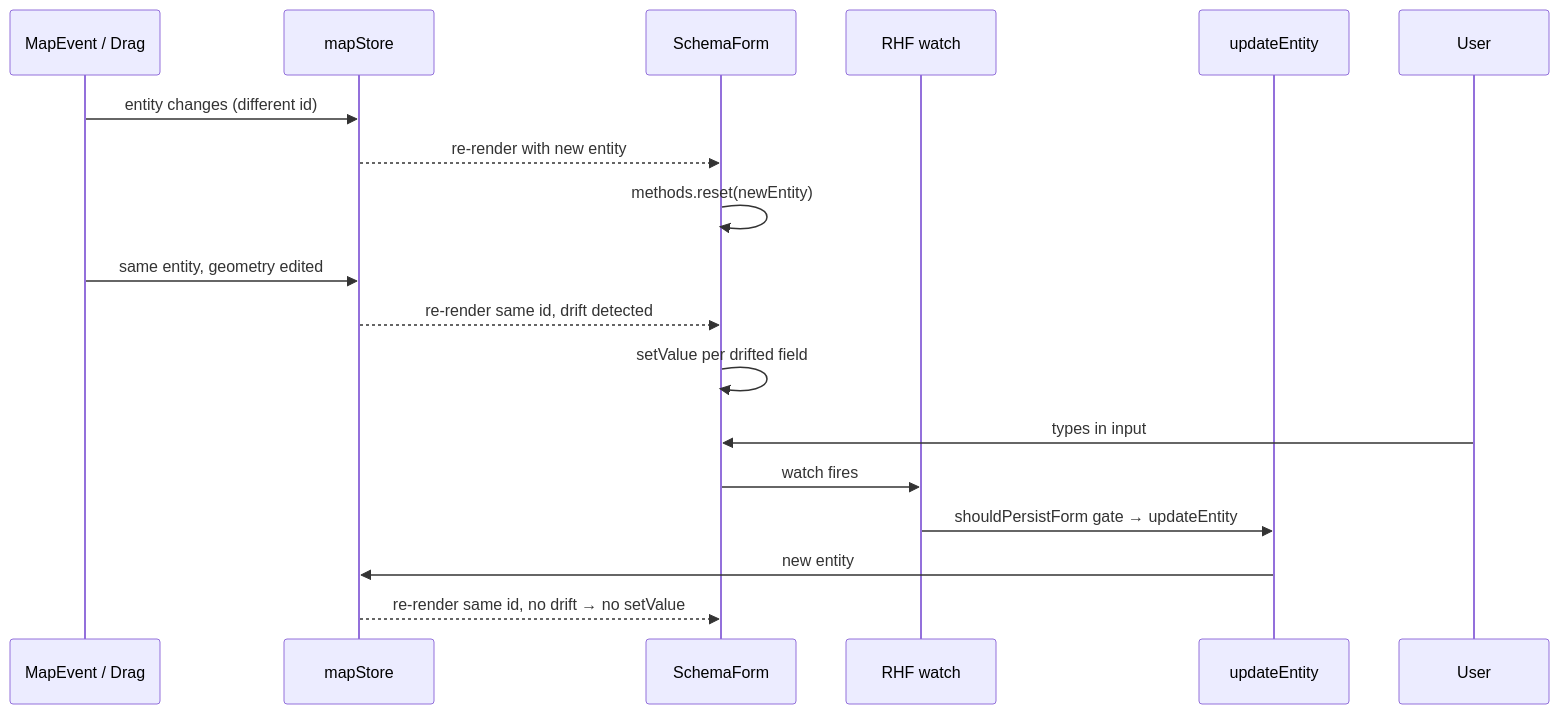
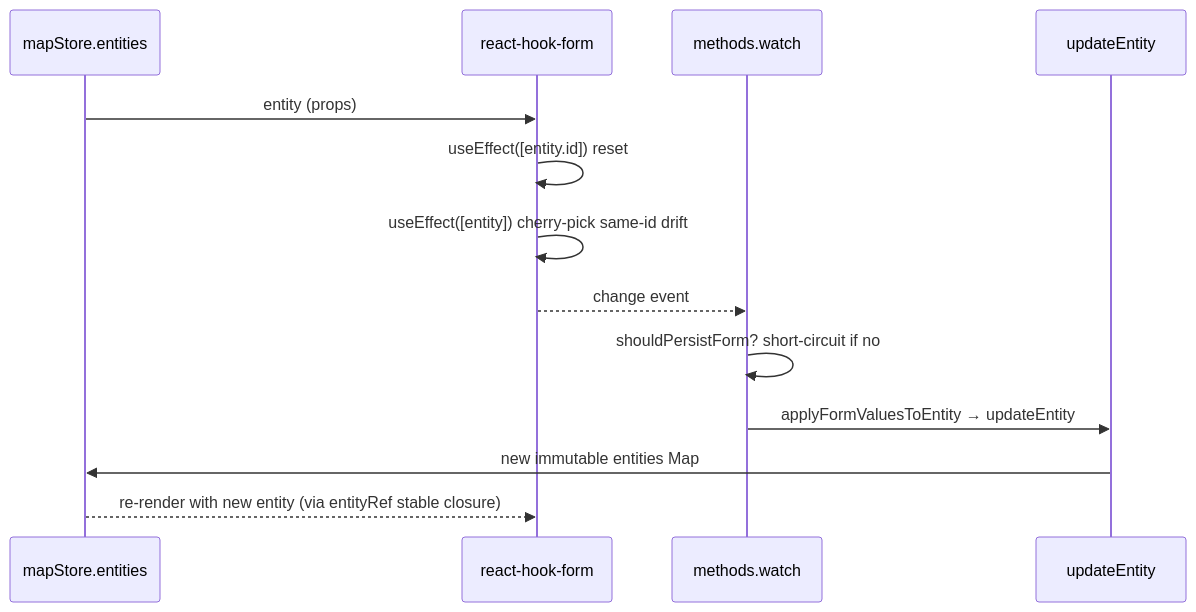
Before and after one commit to SakuraPuare/apollo-map-studio: the second of 2 diagrams in docs/api/components/inspector-forms.md, drawn with Mermaid. The commit also changed other lines of this file and 414 other files, not shown here.

````diff
--- a/docs/api/components/inspector-forms.md
+++ b/docs/api/components/inspector-forms.md
@@ -73,22 +170,15 @@
 ```mermaid
 sequenceDiagram
-    participant Canvas as MapEvent / Drag
-    participant Store as mapStore
-    participant Form as SchemaForm
-    participant Watch as RHF watch
-    participant Update as updateEntity
-
-    Canvas->>Store: entity changes (different id)
-    Store-->>Form: re-render with new entity
-    Form->>Form: methods.reset(newEntity)
-
-    Canvas->>Store: same entity, geometry edited
-    Store-->>Form: re-render same id, drift detected
-    Form->>Form: setValue per drifted field
-
-    User->>Form: types in input
-    Form->>Watch: watch fires
-    Watch->>Update: shouldPersistForm gate → updateEntity
-    Update->>Store: new entity
-    Store-->>Form: re-render same id, no drift → no setValue
+  participant Store as mapStore.entities
+  participant Form as react-hook-form
+  participant Watch as methods.watch
+  participant Update as updateEntity
+  Store->>Form: entity (props)
+  Form->>Form: useEffect([entity.id]) reset
+  Form->>Form: useEffect([entity]) cherry-pick same-id drift
+  Form-->>Watch: change event
+  Watch->>Watch: shouldPersistForm? short-circuit if no
+  Watch->>Update: applyFormValuesToEntity → updateEntity
+  Update->>Store: new immutable entities Map
+  Store-->>Form: re-render with new entity (via entityRef stable closure)
 ```
````
